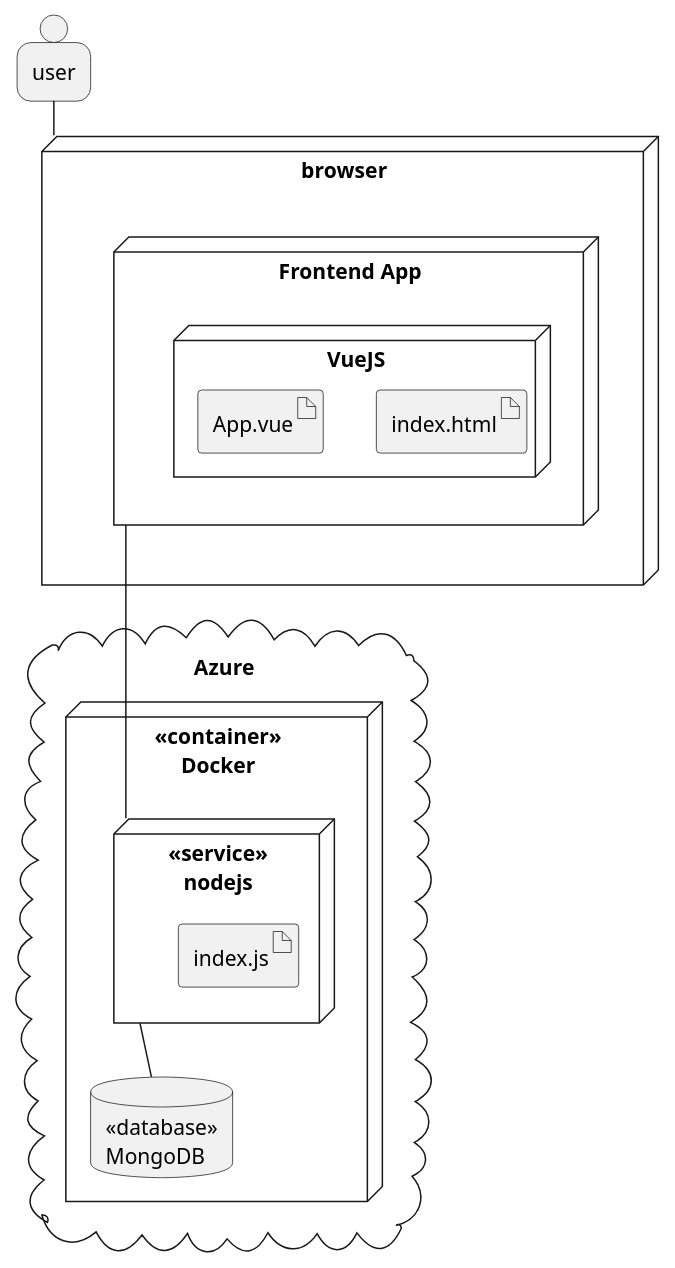
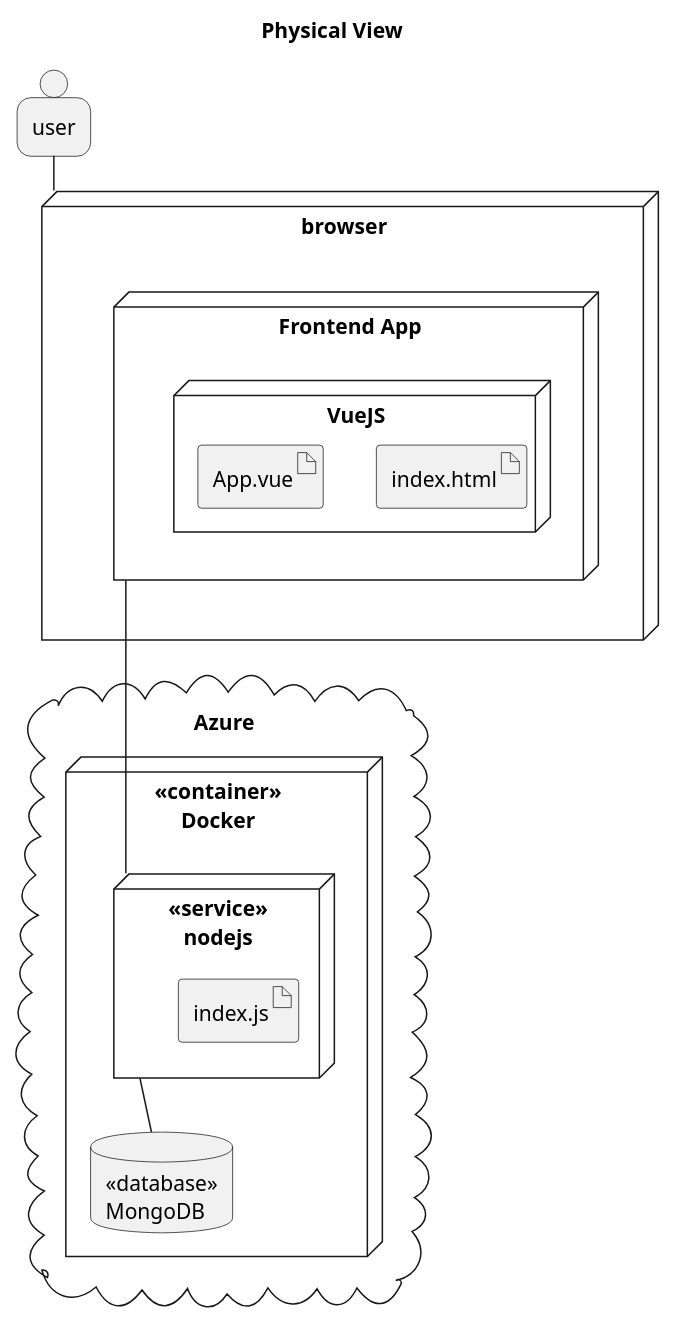
Before and after one commit to Hajneken/market-evaluator: the diagram in doc/deployments.wsd, drawn with PlantUML. The commit also changed 5 other files, not shown here.

```diff
--- a/doc/deployments.wsd
+++ b/doc/deployments.wsd
@@ -1,32 +1,36 @@
 @startuml
+
+title Physical View
 
 person user 
 
 node browser{
     node "Frontend App" as frontend{
     node "VueJS" as vue{
             artifact "index.html" as index
 
     artifact "App.vue" as app
     }
 }   
 }
 
 cloud "Azure"{
     node "<<container>>\nDocker" as docker {
         node "<<service>>\nnodejs" as nodejs{
             artifact "index.js"
     }
     database "<<database>>\nMongoDB" as db{
     }
     }
 }
 
+
+
 user -- browser
 frontend -- nodejs
 nodejs -- db
 
 
 
 
 @enduml
```
